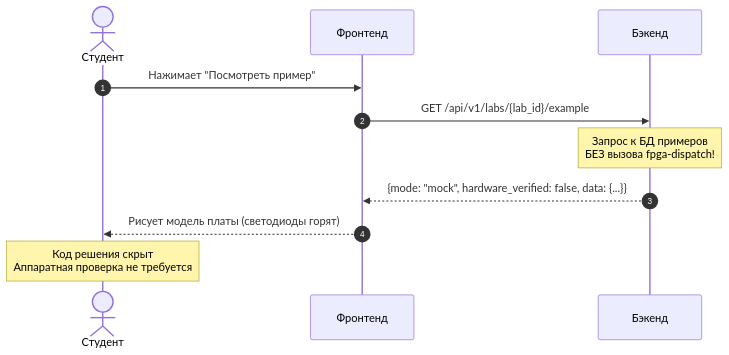
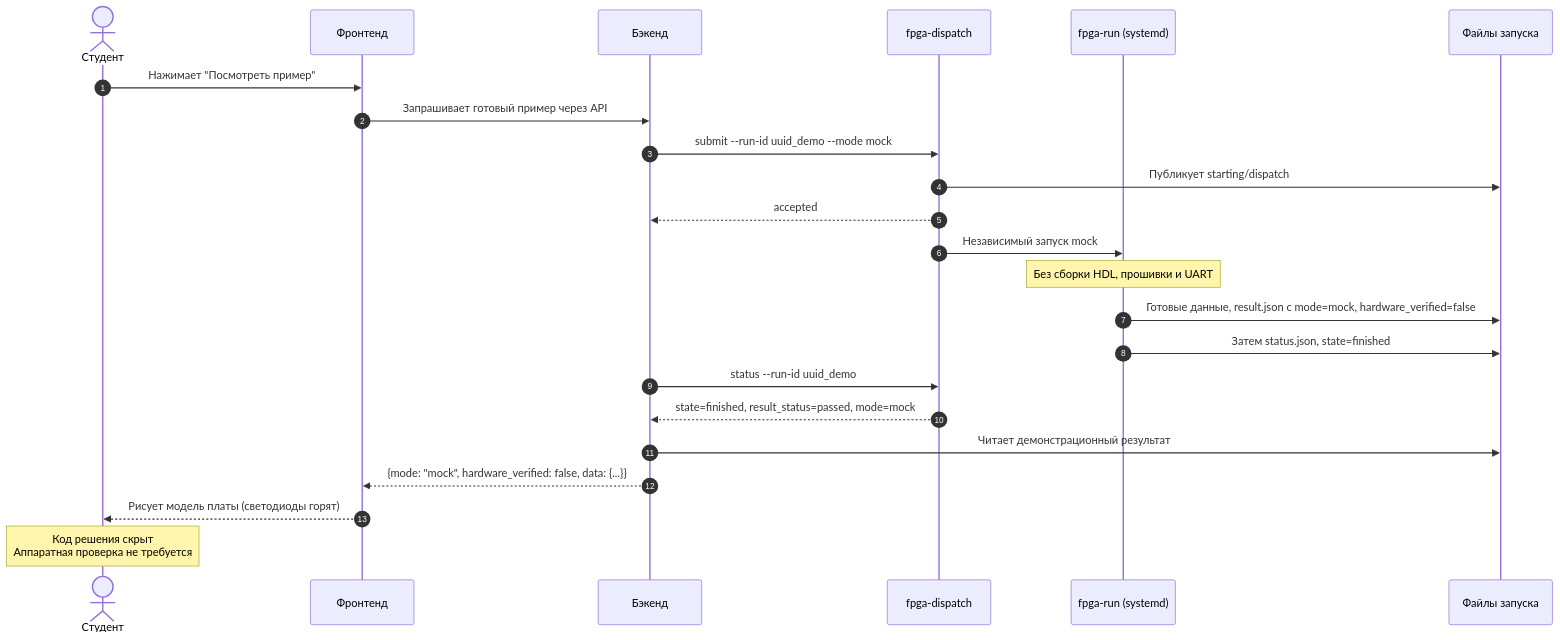
Before and after one commit to quevexvv/FPGA-online-platform: the fourth of 8 diagrams in docs/Diagrams.md, drawn with Mermaid. The commit also changed other lines of this file and 5 other files, not shown here.

````diff
--- a/docs/Diagrams.md
+++ b/docs/Diagrams.md
@@ -97,16 +133,28 @@
 ```mermaid
 sequenceDiagram
     autonumber
     actor Student as Студент
     participant FE as Фронтенд
     participant BE as Бэкенд
+    participant Disp as fpga-dispatch
+    participant Run as fpga-run (systemd)
+    participant FS as Файлы запуска
 
     Student->>FE: Нажимает "Посмотреть пример"
-    FE->>BE: GET /api/v1/labs/{lab_id}/example
-    
-    Note over BE: Запрос к БД примеров<br/>БЕЗ вызова fpga-dispatch!
-    
+    FE->>BE: Запрашивает готовый пример через API
+
+    BE->>Disp: submit --run-id uuid_demo --mode mock
+    Disp->>FS: Публикует starting/dispatch
+    Disp-->>BE: accepted
+    Disp->>Run: Независимый запуск mock
+    Note over Run: Без сборки HDL, прошивки и UART
+    Run->>FS: Готовые данные, result.json с mode=mock, hardware_verified=false
+    Run->>FS: Затем status.json, state=finished
+    BE->>Disp: status --run-id uuid_demo
+    Disp-->>BE: state=finished, result_status=passed, mode=mock
+    BE->>FS: Читает демонстрационный результат
+
     BE-->>FE: {mode: "mock", hardware_verified: false, data: {...}}
     FE-->>Student: Рисует модель платы (светодиоды горят)
     Note over Student: Код решения скрыт<br/>Аппаратная проверка не требуется
 ```
````
